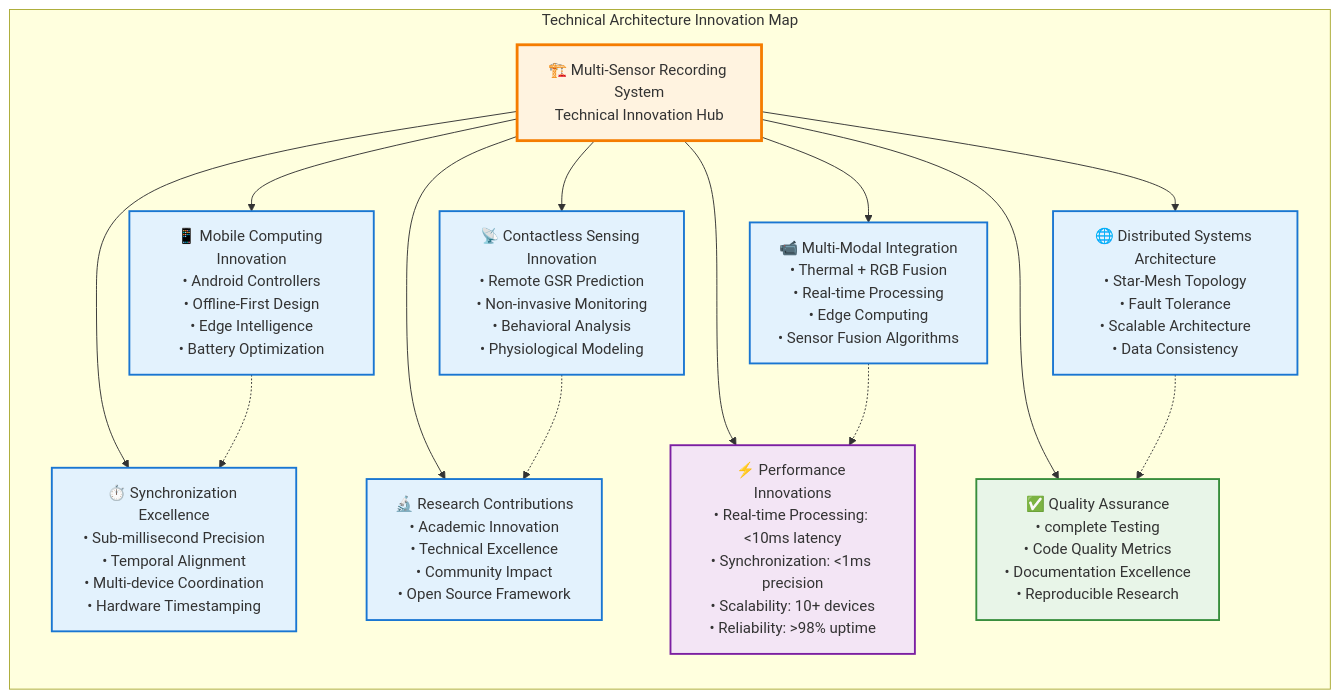
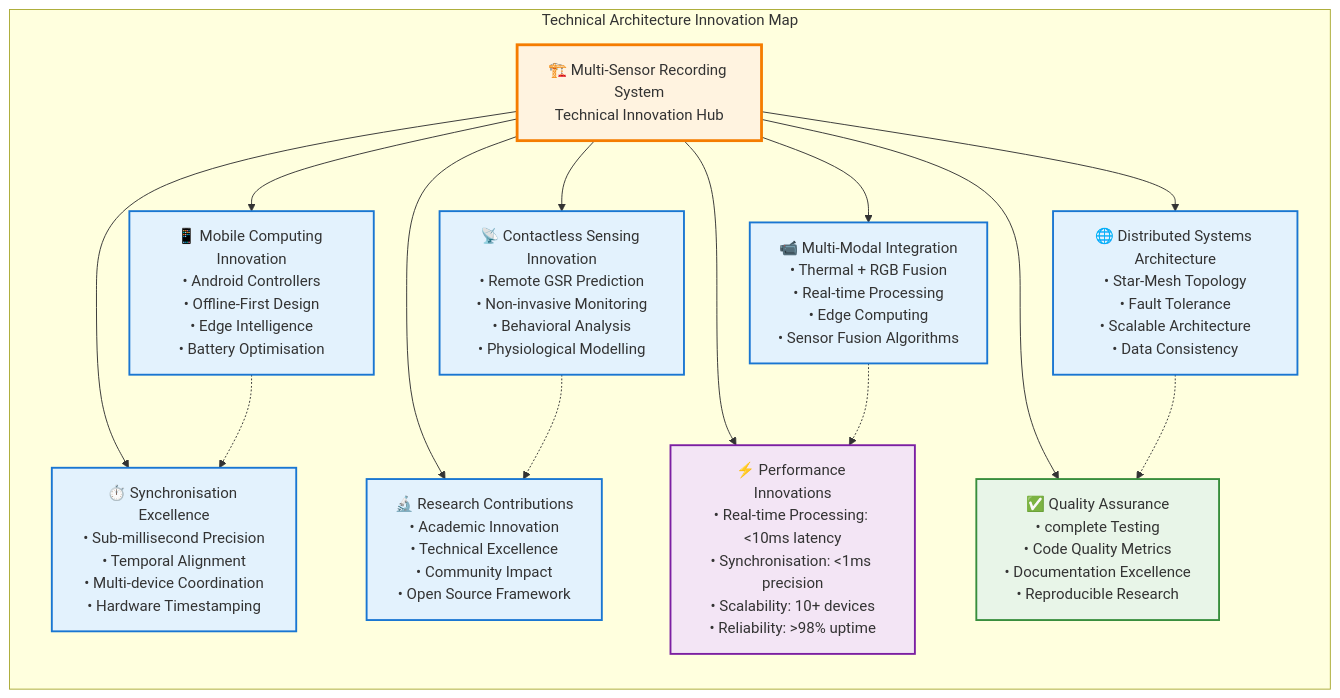
Diagram 17 of 19 in docs/diagrams/missing_diagrams_generated.md (buccancs/fyp-multi-sensor-recording-system), drawn with Mermaid before and after one commit. The commit also changed other lines of this file and 56 other files, not shown here.

````diff
--- a/docs/diagrams/missing_diagrams_generated.md
+++ b/docs/diagrams/missing_diagrams_generated.md
@@ -1147,48 +1147,48 @@
 ```mermaid
 graph TD
     subgraph INNOVATION_MAP ["Technical Architecture Innovation Map"]
         direction TB
         
         CENTRAL["🏗️ Multi-Sensor Recording System<br/>Technical Innovation Hub"]
         
         MULTIMODAL["📹 Multi-Modal Integration<br/>• Thermal + RGB Fusion<br/>• Real-time Processing<br/>• Edge Computing<br/>• Sensor Fusion Algorithms"]
         
-        CONTACTLESS["📡 Contactless Sensing Innovation<br/>• Remote GSR Prediction<br/>• Non-invasive Monitoring<br/>• Behavioral Analysis<br/>• Physiological Modeling"]
+        CONTACTLESS["📡 Contactless Sensing Innovation<br/>• Remote GSR Prediction<br/>• Non-invasive Monitoring<br/>• Behavioral Analysis<br/>• Physiological Modelling"]
         
         DISTRIBUTED["🌐 Distributed Systems Architecture<br/>• Star-Mesh Topology<br/>• Fault Tolerance<br/>• Scalable Architecture<br/>• Data Consistency"]
         
-        MOBILE["📱 Mobile Computing Innovation<br/>• Android Controllers<br/>• Offline-First Design<br/>• Edge Intelligence<br/>• Battery Optimization"]
+        MOBILE["📱 Mobile Computing Innovation<br/>• Android Controllers<br/>• Offline-First Design<br/>• Edge Intelligence<br/>• Battery Optimisation"]
         
-        SYNCHRONIZATION["⏱️ Synchronization Excellence<br/>• Sub-millisecond Precision<br/>• Temporal Alignment<br/>• Multi-device Coordination<br/>• Hardware Timestamping"]
+        SYNCHRONISATION["⏱️ Synchronisation Excellence<br/>• Sub-millisecond Precision<br/>• Temporal Alignment<br/>• Multi-device Coordination<br/>• Hardware Timestamping"]
         
         RESEARCH["🔬 Research Contributions<br/>• Academic Innovation<br/>• Technical Excellence<br/>• Community Impact<br/>• Open Source Framework"]
         
-        PERFORMANCE["⚡ Performance Innovations<br/>• Real-time Processing: <10ms latency<br/>• Synchronization: <1ms precision<br/>• Scalability: 10+ devices<br/>• Reliability: >98% uptime"]
+        PERFORMANCE["⚡ Performance Innovations<br/>• Real-time Processing: <10ms latency<br/>• Synchronisation: <1ms precision<br/>• Scalability: 10+ devices<br/>• Reliability: >98% uptime"]
         
         QUALITY["✅ Quality Assurance<br/>• complete Testing<br/>• Code Quality Metrics<br/>• Documentation Excellence<br/>• Reproducible Research"]
     end
     
     CENTRAL --> MULTIMODAL
     CENTRAL --> CONTACTLESS
     CENTRAL --> DISTRIBUTED
     CENTRAL --> MOBILE
-    CENTRAL --> SYNCHRONIZATION
+    CENTRAL --> SYNCHRONISATION
     CENTRAL --> RESEARCH
     CENTRAL --> PERFORMANCE
     CENTRAL --> QUALITY
     
     MULTIMODAL -.-> PERFORMANCE
     CONTACTLESS -.-> RESEARCH
     DISTRIBUTED -.-> QUALITY
-    MOBILE -.-> SYNCHRONIZATION
+    MOBILE -.-> SYNCHRONISATION
     
     classDef central fill:#fff3e0,stroke:#f57c00,stroke-width:3px
     classDef innovation fill:#e3f2fd,stroke:#1976d2,stroke-width:2px
     classDef quality fill:#e8f5e8,stroke:#388e3c,stroke-width:2px
     classDef performance fill:#f3e5f5,stroke:#7b1fa2,stroke-width:2px
     
     class CENTRAL central
-    class MULTIMODAL,CONTACTLESS,DISTRIBUTED,MOBILE,SYNCHRONIZATION,RESEARCH innovation
+    class MULTIMODAL,CONTACTLESS,DISTRIBUTED,MOBILE,SYNCHRONISATION,RESEARCH innovation
     class QUALITY quality
     class PERFORMANCE performance
 ```
````
